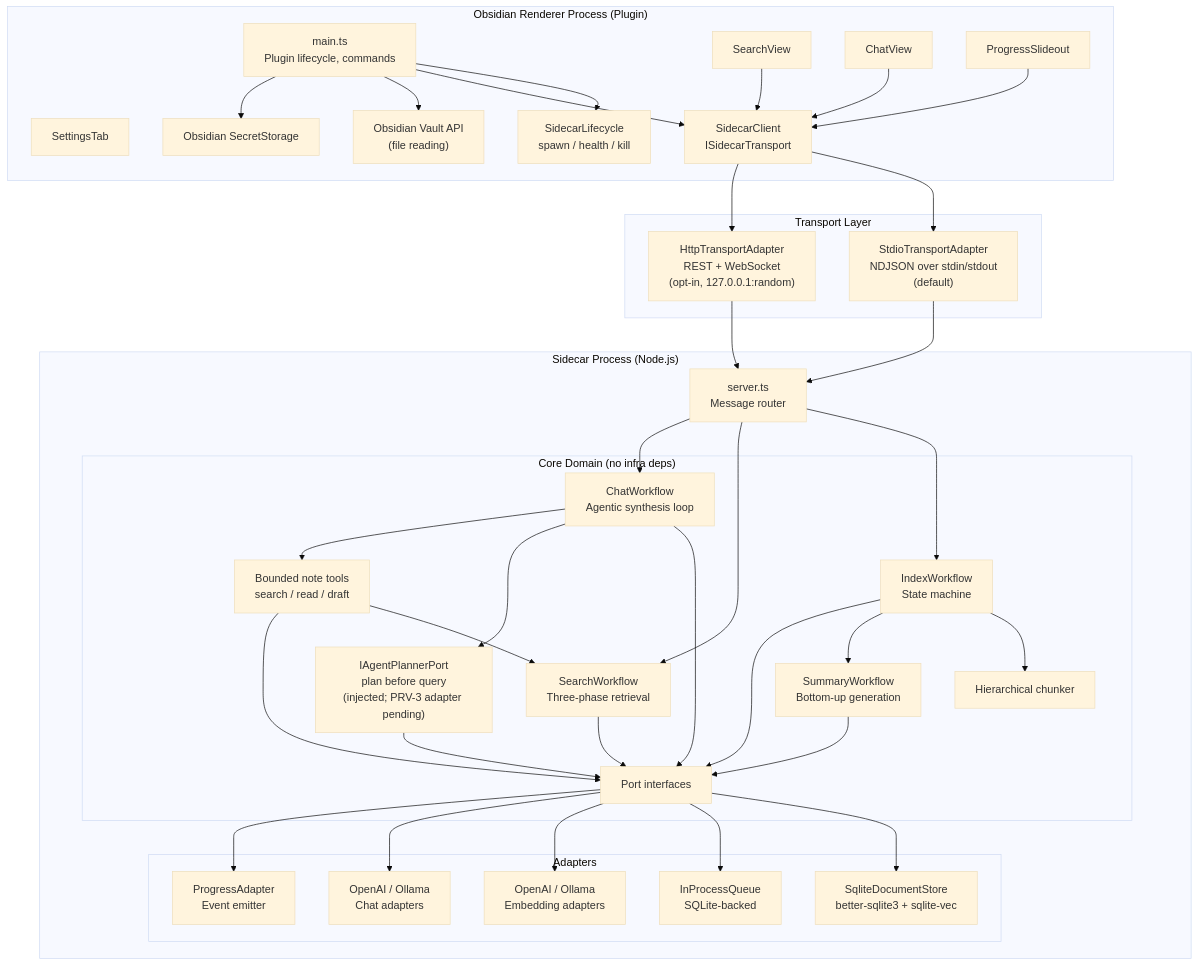
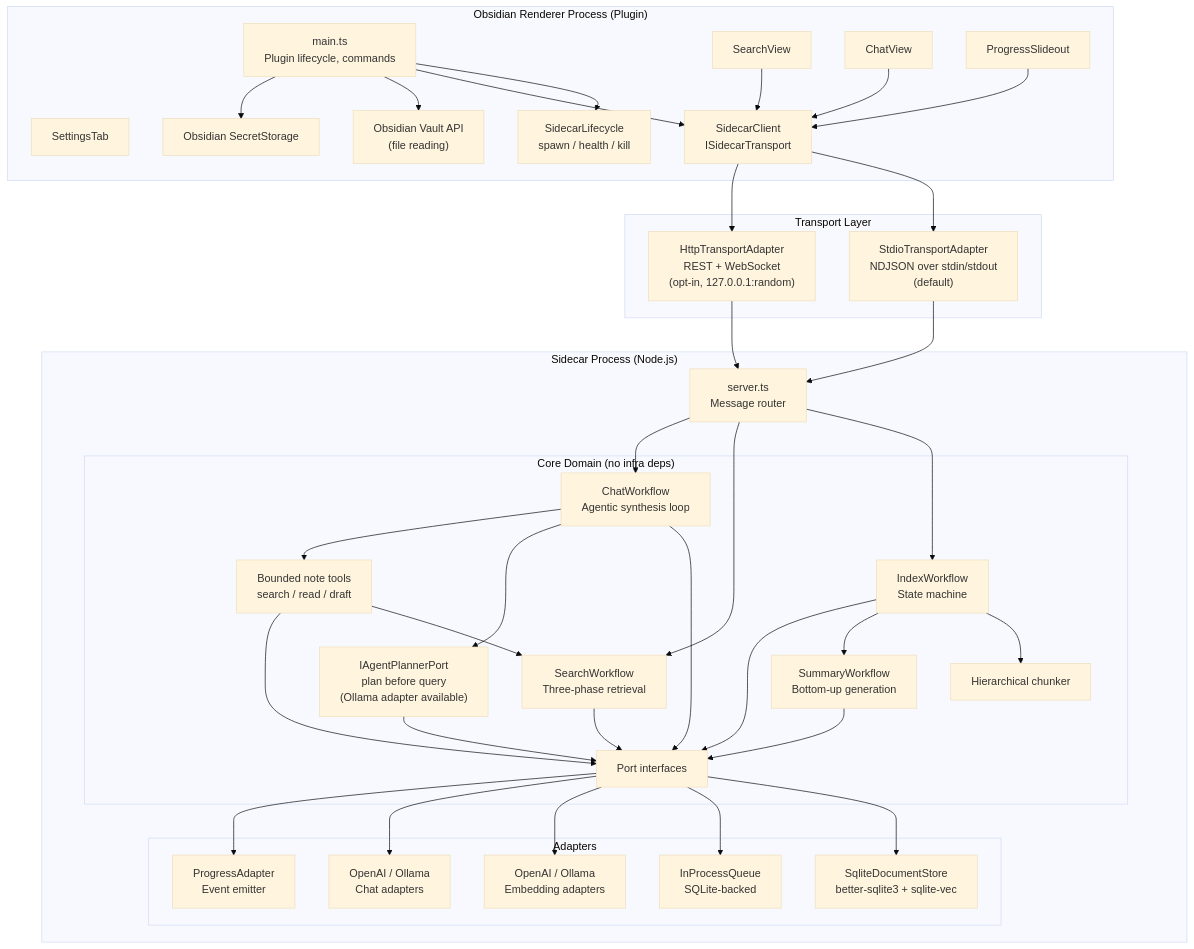
Before and after one commit to PhilipTeitel/Obisidian-AI: the first of 5 diagrams in README.md, drawn with Mermaid (base theme). The commit also changed other lines of this file and 20 other files, not shown here.

````diff
--- a/README.md
+++ b/README.md
@@ -144,74 +144,74 @@
 ```mermaid
 graph TB
     subgraph obsidian ["Obsidian Renderer Process (Plugin)"]
         Main["main.ts<br/>Plugin lifecycle, commands"]
         Settings["SettingsTab"]
         SearchUI["SearchView"]
         ChatUI["ChatView"]
         ProgressUI["ProgressSlideout"]
         SidecarLife["SidecarLifecycle<br/>spawn / health / kill"]
         Client["SidecarClient<br/>ISidecarTransport"]
         SecretStore["Obsidian SecretStorage"]
         VaultAPI["Obsidian Vault API<br/>(file reading)"]
     end
 
     subgraph transport ["Transport Layer"]
         Stdio["StdioTransportAdapter<br/>NDJSON over stdin/stdout<br/>(default)"]
         HTTP["HttpTransportAdapter<br/>REST + WebSocket<br/>(opt-in, 127.0.0.1:random)"]
     end
 
     subgraph sidecar ["Sidecar Process (Node.js)"]
         Server["server.ts<br/>Message router"]
         subgraph core ["Core Domain (no infra deps)"]
             IndexWF["IndexWorkflow<br/>State machine"]
             SearchWF["SearchWorkflow<br/>Three-phase retrieval"]
             ChatWF["ChatWorkflow<br/>Agentic synthesis loop"]
-            QueryPlan["IAgentPlannerPort<br/>plan before query<br/>(injected; PRV-3 adapter pending)"]
+            QueryPlan["IAgentPlannerPort<br/>plan before query<br/>(Ollama adapter available)"]
             NoteTools["Bounded note tools<br/>search / read / draft"]
             SummaryWF["SummaryWorkflow<br/>Bottom-up generation"]
             Chunker["Hierarchical chunker"]
             Ports["Port interfaces"]
         end
         subgraph adapters ["Adapters"]
             SQLiteStore["SqliteDocumentStore<br/>better-sqlite3 + sqlite-vec"]
             Queue["InProcessQueue<br/>SQLite-backed"]
             EmbedAdapt["OpenAI / Ollama<br/>Embedding adapters"]
             ChatAdapt["OpenAI / Ollama<br/>Chat adapters"]
             ProgressAdapt["ProgressAdapter<br/>Event emitter"]
         end
     end
 
     Main --> SidecarLife
     Main --> Client
     SearchUI --> Client
     ChatUI --> Client
     ProgressUI --> Client
     Main --> VaultAPI
     Main --> SecretStore
 
     Client --> Stdio
     Client --> HTTP
     Stdio --> Server
     HTTP --> Server
 
     Server --> IndexWF
     Server --> SearchWF
     Server --> ChatWF
     IndexWF --> Chunker
     IndexWF --> SummaryWF
     IndexWF --> Ports
     SearchWF --> Ports
     ChatWF --> Ports
     ChatWF --> QueryPlan
     ChatWF --> NoteTools
     QueryPlan --> Ports
     NoteTools --> SearchWF
     NoteTools --> Ports
     SummaryWF --> Ports
 
     Ports --> SQLiteStore
     Ports --> Queue
     Ports --> EmbedAdapt
     Ports --> ChatAdapt
     Ports --> ProgressAdapt
 ```
````
